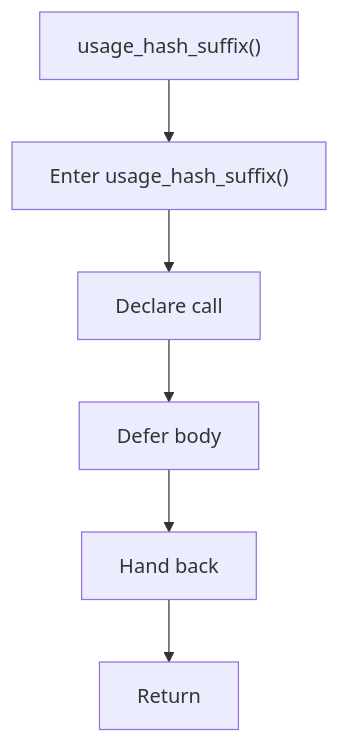
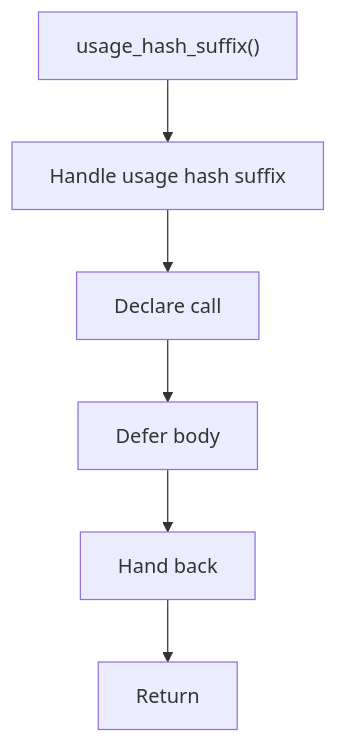
One commit to JohnAndrewBalbarosa/NeoTerritory changed the diagram in docs/Codebase/Microservice/Modules/Header/SyntacticBrokenAST/Trees/Actual/Internal/Flow/functions/usage_hash_suffix.hpp.md. Above: the diagram before and after it, drawn with Mermaid. The commit also changed other lines of this file and 915 other files, not shown here.

````diff
--- a/docs/Codebase/Microservice/Modules/Header/SyntacticBrokenAST/Trees/Actual/Internal/Flow/functions/usage_hash_suffix.hpp.md
+++ b/docs/Codebase/Microservice/Modules/Header/SyntacticBrokenAST/Trees/Actual/Internal/Flow/functions/usage_hash_suffix.hpp.md
@@ -16,14 +16,14 @@
 ```mermaid
 flowchart TD
     Start["usage_hash_suffix()"]
-    N0["Enter usage_hash_suffix()"]
+    N0["Handle usage hash suffix"]
     N1["Declare call"]
     N2["Defer body"]
     N3["Hand back"]
     End["Return"]
     Start --> N0
     N0 --> N1
     N1 --> N2
     N2 --> N3
     N3 --> End
 ```
````
